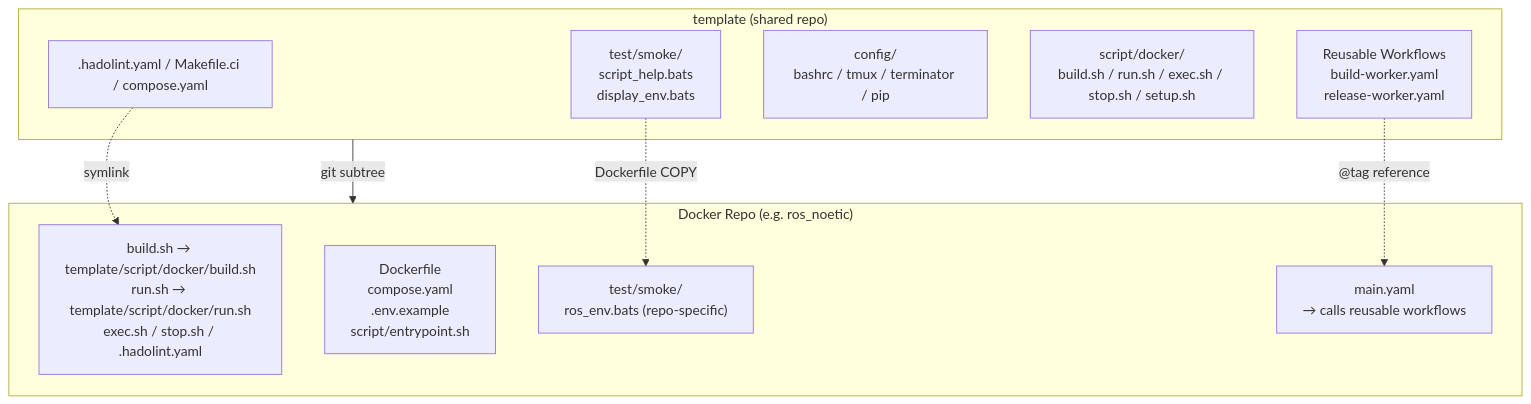
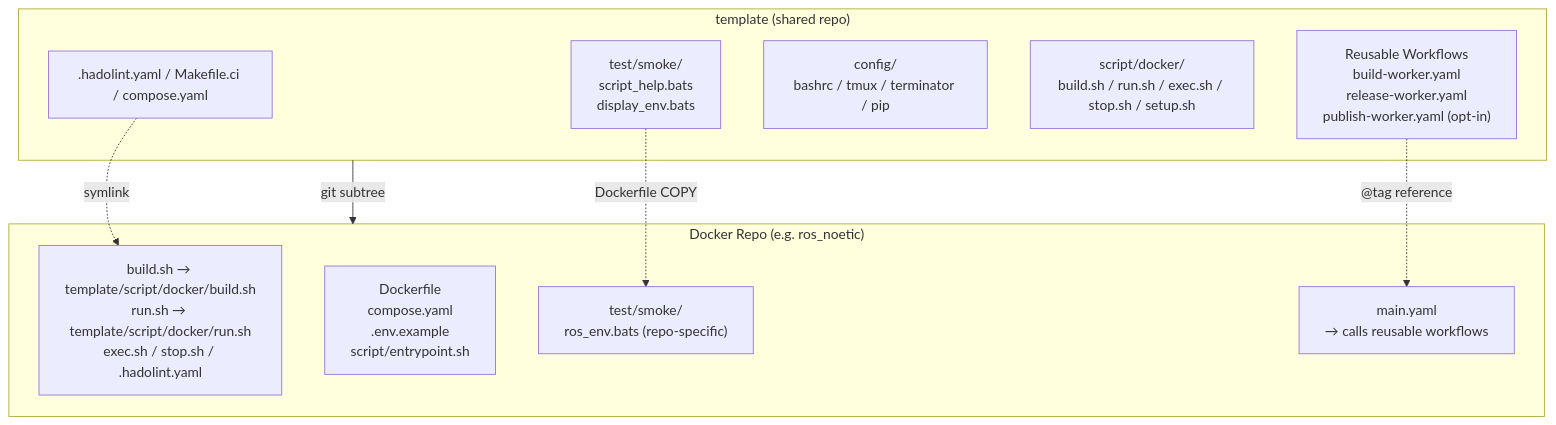
The first of 2 diagrams in README.md (ycpss91255-docker/base), drawn with Mermaid before and after one commit. The commit also changed other lines of this file and 2 other files, not shown here.

First line of the commit message:
feat(workflows): add publish-worker.yaml reusable workflow (opt-in, GHCR push) (#232) (#233)

````diff
--- a/README.md
+++ b/README.md
@@ -56,22 +56,22 @@
 ```mermaid
 graph TB
     subgraph template["template (shared repo)"]
         scripts[".hadolint.yaml / Makefile.ci / compose.yaml"]
         smoke["test/smoke/<br/>script_help.bats<br/>display_env.bats"]
         config["config/<br/>bashrc / tmux / terminator / pip"]
         mgmt["script/docker/<br/>build.sh / run.sh / exec.sh / stop.sh / setup.sh"]
-        workflows["Reusable Workflows<br/>build-worker.yaml<br/>release-worker.yaml"]
+        workflows["Reusable Workflows<br/>build-worker.yaml<br/>release-worker.yaml<br/>publish-worker.yaml (opt-in)"]
     end
 
     subgraph consumer["Docker Repo (e.g. ros_noetic)"]
         symlinks["build.sh → template/script/docker/build.sh<br/>run.sh → template/script/docker/run.sh<br/>exec.sh / stop.sh / .hadolint.yaml"]
         dockerfile["Dockerfile<br/>compose.yaml<br/>.env.example<br/>script/entrypoint.sh"]
         repo_test["test/smoke/<br/>ros_env.bats (repo-specific)"]
         main_yaml["main.yaml<br/>→ calls reusable workflows"]
     end
 
     template -- "git subtree" --> consumer
     scripts -. symlink .-> symlinks
     smoke -. "Dockerfile COPY" .-> repo_test
     workflows -. "@tag reference" .-> main_yaml
 ```
````
